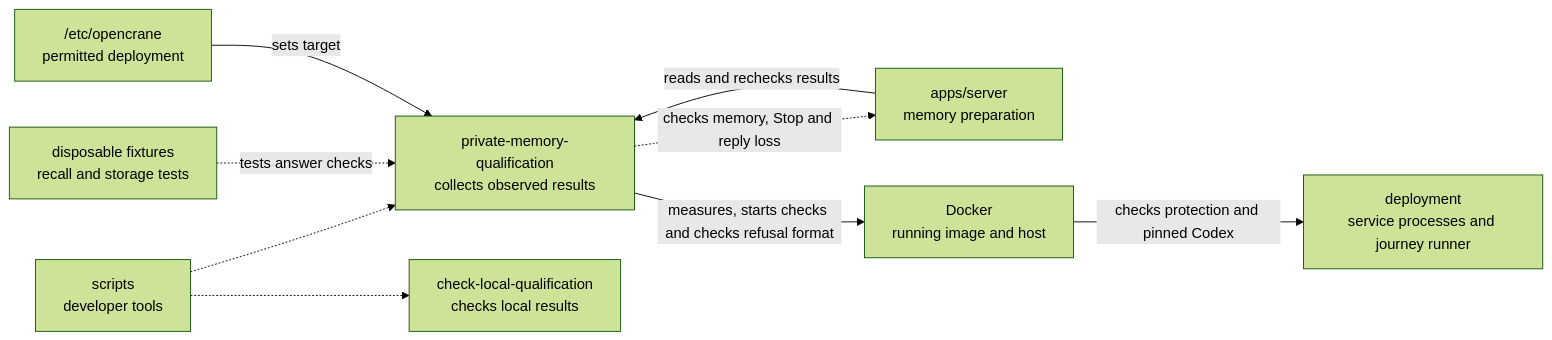
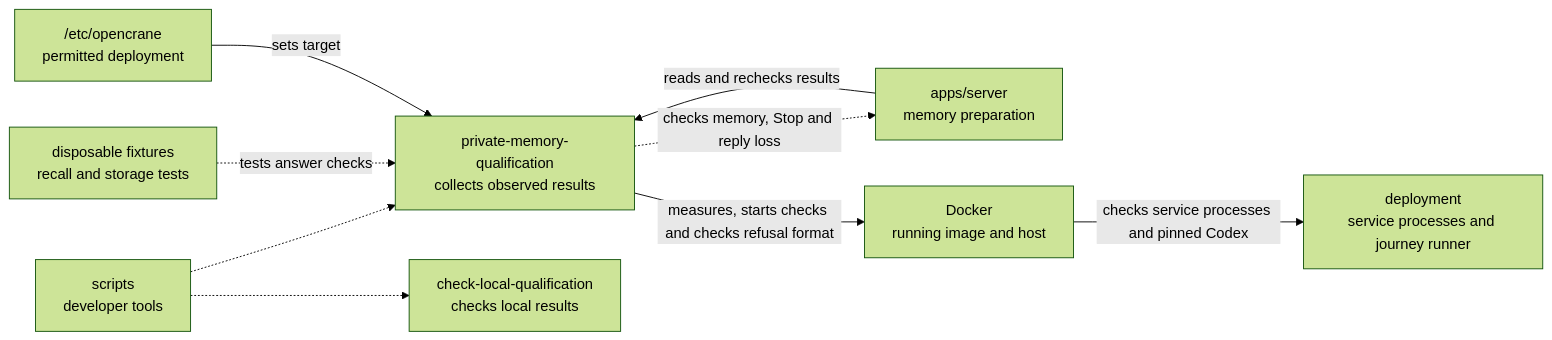
One commit to elewa-git/opencrane-new changed the diagram in scripts/private-memory-qualification/README.md. Above: the diagram before and after it, drawn with Mermaid (forest theme). The commit also changed other lines of this file and 8 other files, not shown here.

````diff
--- a/scripts/private-memory-qualification/README.md
+++ b/scripts/private-memory-qualification/README.md
@@ -18,11 +18,11 @@
 ```mermaid
 flowchart LR
   scripts["scripts<br/>developer tools"] -.-> collector["private-memory-qualification<br/>collects observed results"]
   fixtures["disposable fixtures<br/>recall and storage tests"] -.->|tests answer checks| collector
   scripts -.-> sibling["check-local-qualification<br/>checks local results"]
   server["apps/server<br/>memory preparation"] -->|reads and rechecks results| collector
   collector -.->|checks memory, Stop and reply loss| server
   config["/etc/opencrane<br/>permitted deployment"] -->|sets target| collector
   collector -->|measures, starts checks and checks refusal format| docker["Docker<br/>running image and host"]
-  docker -->|checks protection and pinned Codex| deployment["deployment<br/>service processes and journey runner"]
+  docker -->|checks service processes and pinned Codex| deployment["deployment<br/>service processes and journey runner"]
 ```
````
